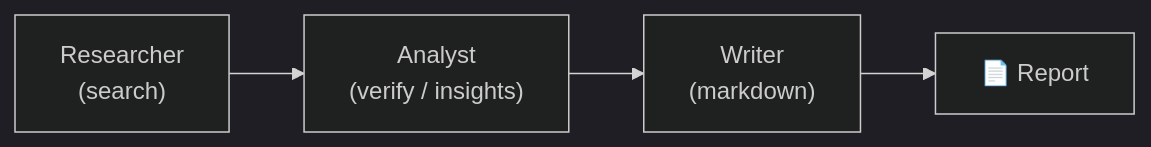
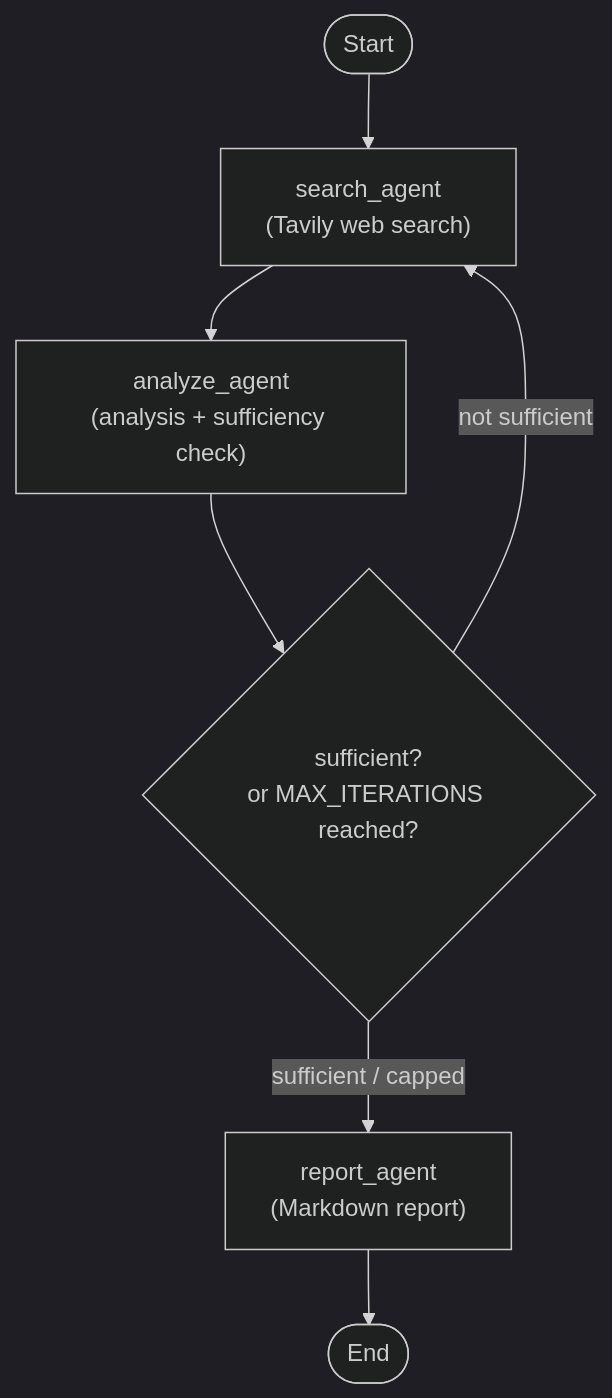
The diagram in README.md (CruiseDevice/research-assistant), drawn with Mermaid (dark theme) before and after one commit. The commit also changed other lines of this file, not shown here.

````diff
--- a/README.md
+++ b/README.md
@@ -5,4 +5,9 @@
 ```mermaid
-flowchart LR
-    Researcher["Researcher<br/>(search)"] --> Analyst["Analyst<br/>(verify / insights)"] --> Writer["Writer<br/>(markdown)"] --> Report["📄 Report"]
+flowchart TD
+    Start([Start]) --> Search["search_agent<br/>(Tavily web search)"]
+    Search --> Analyze["analyze_agent<br/>(analysis + sufficiency check)"]
+    Analyze --> Route{"sufficient?<br/>or MAX_ITERATIONS reached?"}
+    Route -->|"not sufficient"| Search
+    Route -->|"sufficient / capped"| Report["report_agent<br/>(Markdown report)"]
+    Report --> End([End])
 ```
````
